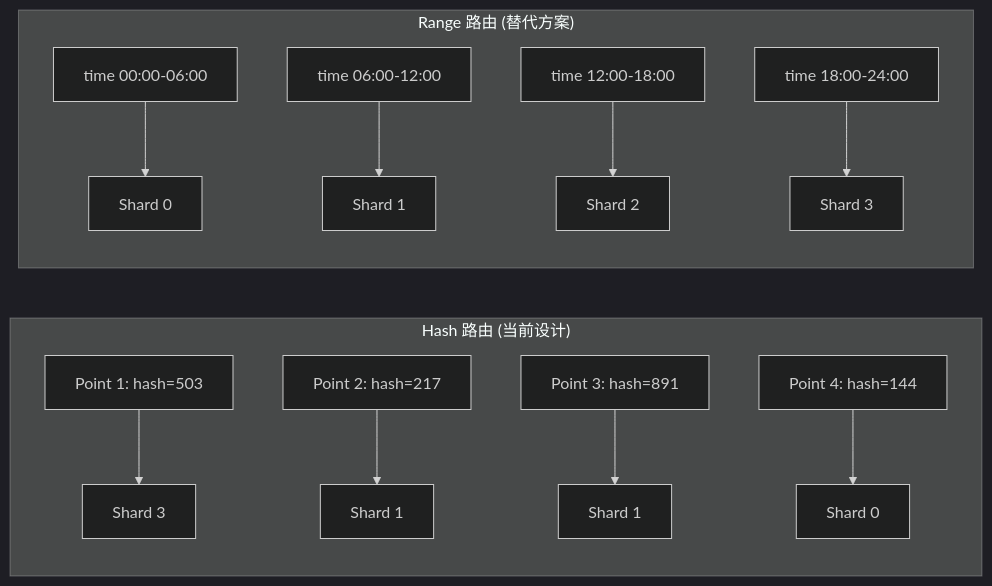
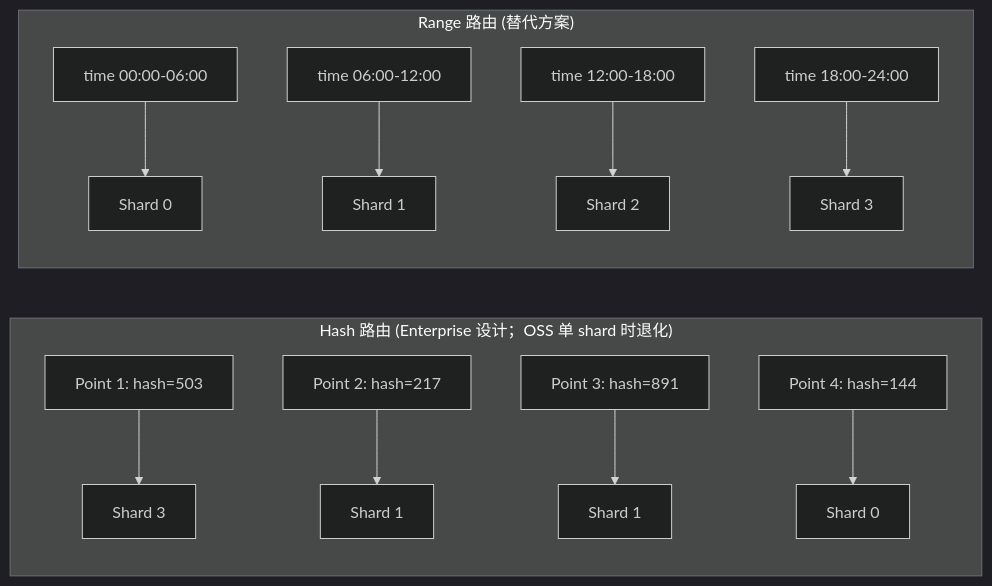
The tenth of 15 diagrams in docs/specs/06_cluster_communication_spec.md (stefanv5/influxdb), drawn with Mermaid (dark theme) before and after one commit. The commit also changed other lines of this file and 16 other files, not shown here.

First line of the commit message:
docs: correct and deepen the 17 architecture specs

````diff
--- a/docs/specs/06_cluster_communication_spec.md
+++ b/docs/specs/06_cluster_communication_spec.md
@@ -1809,16 +1912,16 @@
 ```mermaid
 flowchart LR
-    subgraph "Hash 路由 (当前设计)"
+    subgraph "Hash 路由 (Enterprise 设计；OSS 单 shard 时退化)"
         A1["Point 1: hash=503"] --> S1["Shard 3"]
         A2["Point 2: hash=217"] --> S2["Shard 1"]
         A3["Point 3: hash=891"] --> S3["Shard 1"]
         A4["Point 4: hash=144"] --> S4["Shard 0"]
     end
 
     subgraph "Range 路由 (替代方案)"
         B1["time 00:00-06:00"] --> R1["Shard 0"]
         B2["time 06:00-12:00"] --> R2["Shard 1"]
         B3["time 12:00-18:00"] --> R3["Shard 2"]
         B4["time 18:00-24:00"] --> R4["Shard 3"]
     end
 ```
````
